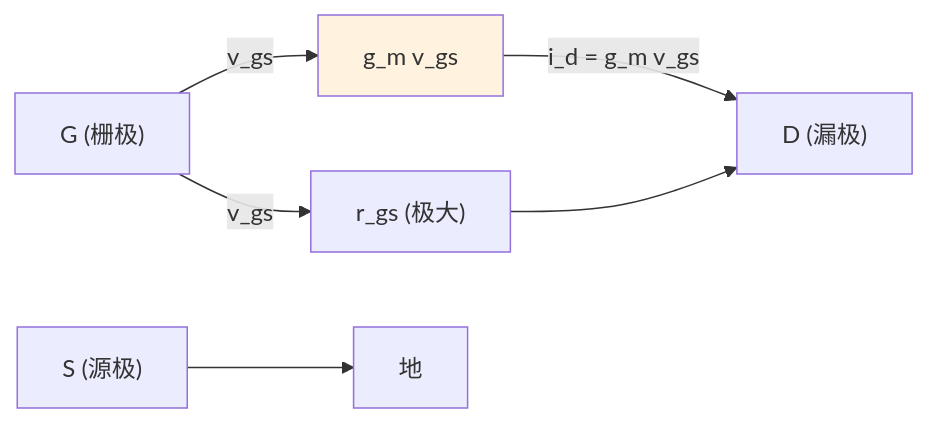
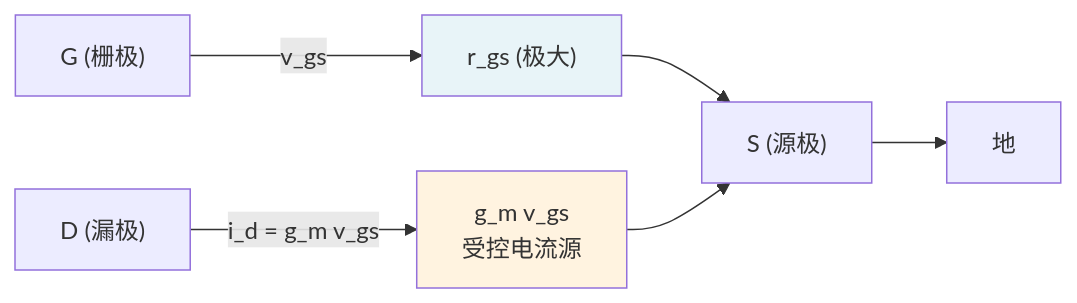
One commit to JerryPhoenixCKY/circuit_notes changed the third of 4 diagrams in circuitry/Small Signal Analysis.md. Above: the diagram before and after it, drawn with Mermaid. The commit also changed other lines of this file and 36 other files, not shown here.

````diff
--- a/circuitry/Small Signal Analysis.md
+++ b/circuitry/Small Signal Analysis.md
@@ -206,9 +206,10 @@
 ```mermaid
 graph LR
-    G["G (栅极)"] -->|"v_gs"| gm["g_m v_gs"]
-    G -->|"v_gs"| rgs["r_gs (极大)"]
-    gm -->|"i_d = g_m v_gs"| D["D (漏极)"]
-    rgs --> D
-    S["S (源极)"] --> GND["地"]
+    G["G (栅极)"] -->|"v_gs"| rgs["r_gs (极大)"]
+    rgs --> S["S (源极)"]
+    D["D (漏极)"] -->|"i_d = g_m v_gs"| gm["g_m v_gs<br/>受控电流源"]
+    gm --> S
+    S --> GND["地"]
     style gm fill:#fff3e0
+    style rgs fill:#e8f4f8
 ```
````
